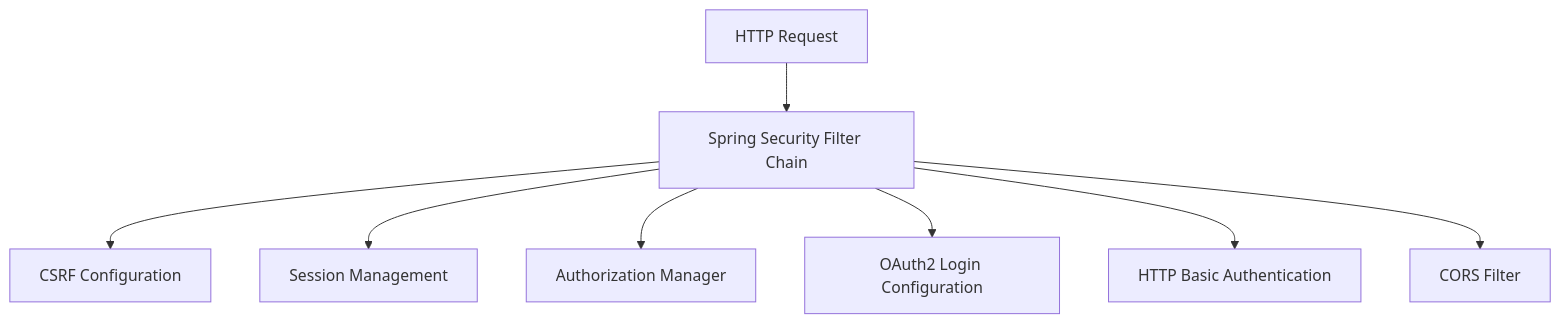
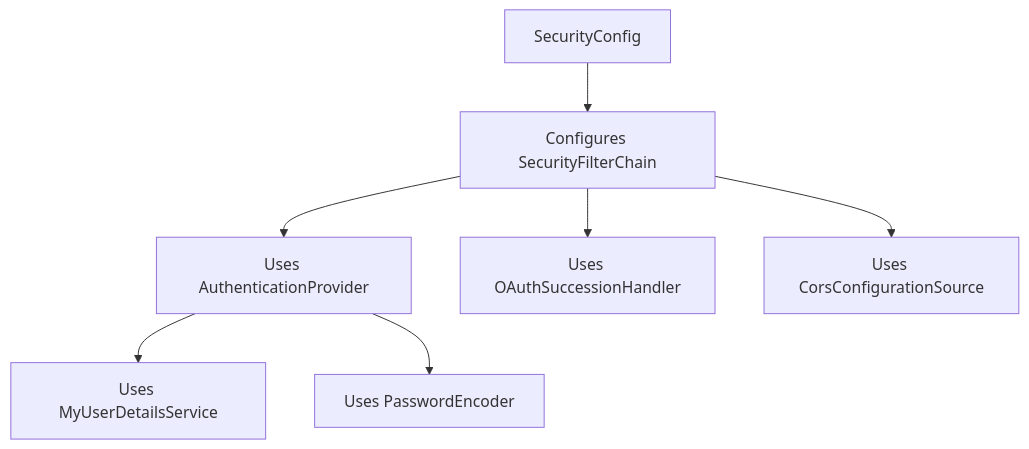
One commit to test-company-prowiz/Easy-Repo changed the diagram in docs/Github-Repository-Management_src_main_java_com_Barsat_Github_Repository_Management_Config_SecurityConfig.java.md. Above: the diagram before and after it, drawn with Mermaid. The commit also changed other lines of this file, not shown here.

Commit message:
docs: auto-generated documentation for docs/Github-Repository-Management_src_main_java_com_Barsat_Github_Repository_Management_Config_SecurityConfig.java.md

````diff
--- a/docs/Github-Repository-Management_src_main_java_com_Barsat_Github_Repository_Management_Config_SecurityConfig.java.md
+++ b/docs/Github-Repository-Management_src_main_java_com_Barsat_Github_Repository_Management_Config_SecurityConfig.java.md
@@ -56,10 +54,9 @@
 ```mermaid
 graph TD
-A[HTTP Request] --> B[Spring Security Filter Chain]
-B --> C[CSRF Configuration]
-B --> D[Session Management]
-B --> E[Authorization Manager]
-B --> F[OAuth2 Login Configuration]
-B --> G[HTTP Basic Authentication]
-B --> H[CORS Filter]
+A[SecurityConfig] --> B[Configures SecurityFilterChain]
+B --> C[Uses AuthenticationProvider]
+B --> D[Uses OAuthSuccessionHandler]
+B --> E[Uses CorsConfigurationSource]
+C --> F[Uses MyUserDetailsService]
+C --> G[Uses PasswordEncoder]
 ```
````
